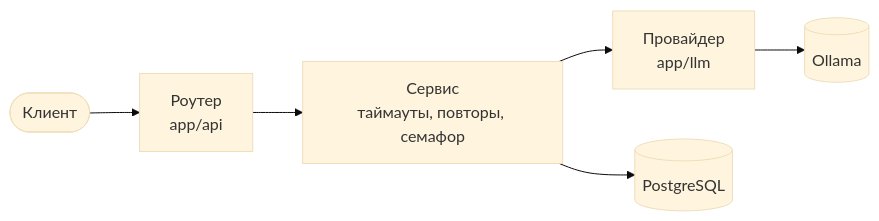
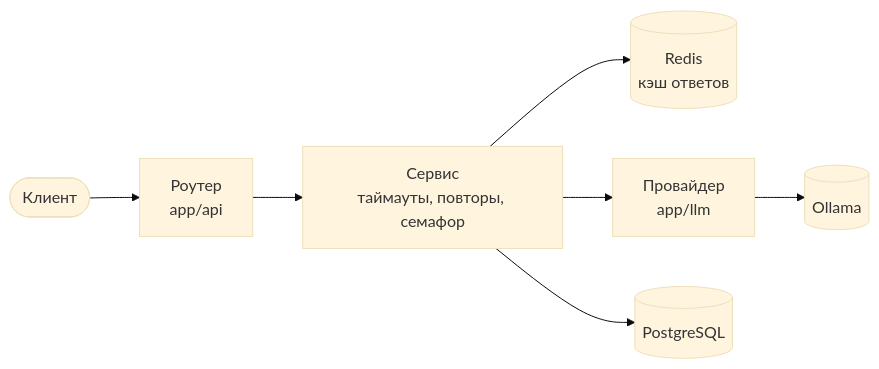
Before and after one commit to DelixeamI/llm-chat-api: the diagram in README.md, drawn with Mermaid (base theme). The commit also changed other lines of this file and 18 other files, not shown here.

First line of the commit message:
feat: кэш детерминированных ответов модели

````diff
--- a/README.md
+++ b/README.md
@@ -83,8 +91,9 @@
 ```mermaid
 flowchart LR
     client([Клиент]) --> router[Роутер<br/>app/api]
     router --> service[Сервис<br/>таймауты, повторы, семафор]
+    service --> cache[(Redis<br/>кэш ответов)]
     service --> provider[Провайдер<br/>app/llm]
     provider --> ollama[(Ollama)]
     service --> db[(PostgreSQL)]
 ```
````
